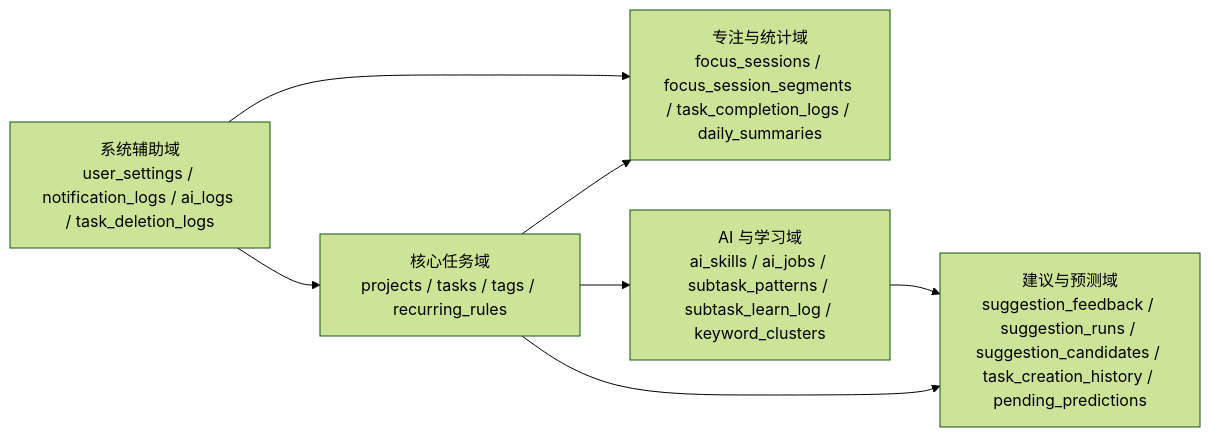
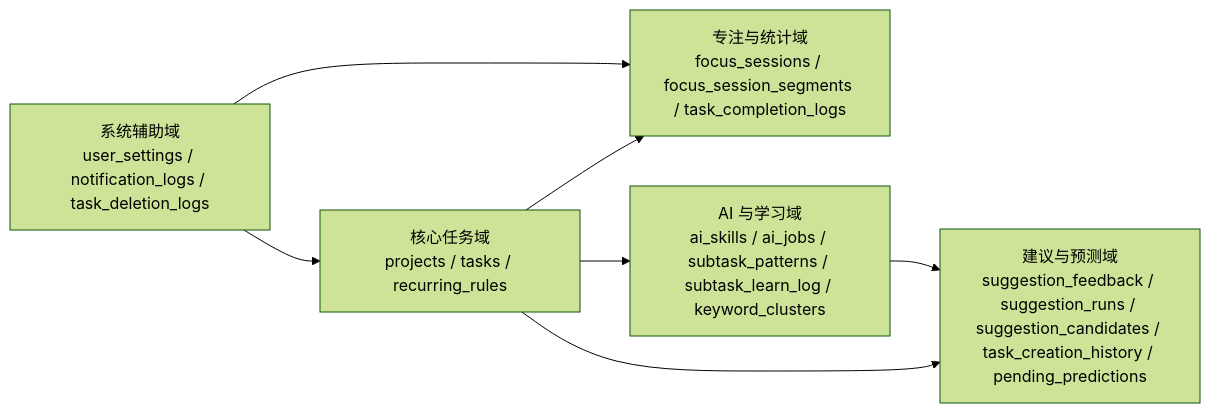
One commit to Jianzhe228/tracker changed the first of 10 diagrams in docs/数据库设计说明.md. Above: the diagram before and after it, drawn with Mermaid (forest theme). The commit also changed other lines of this file and 9 other files, not shown here.

First line of the commit message:
refactor(db)!: treat current schema as v1, drop all pre-release compatibility

````diff
--- a/docs/数据库设计说明.md
+++ b/docs/数据库设计说明.md
@@ -19,15 +20,15 @@
 ```mermaid
 graph LR
-  Core["核心任务域<br/>projects / tasks / tags / recurring_rules"]
-  Time["专注与统计域<br/>focus_sessions / focus_session_segments / task_completion_logs / daily_summaries"]
+  Core["核心任务域<br/>projects / tasks / recurring_rules"]
+  Time["专注与统计域<br/>focus_sessions / focus_session_segments / task_completion_logs"]
   AI["AI 与学习域<br/>ai_skills / ai_jobs / subtask_patterns / subtask_learn_log / keyword_clusters"]
   Suggest["建议与预测域<br/>suggestion_feedback / suggestion_runs / suggestion_candidates / task_creation_history / pending_predictions"]
-  System["系统辅助域<br/>user_settings / notification_logs / ai_logs / task_deletion_logs"]
+  System["系统辅助域<br/>user_settings / notification_logs / task_deletion_logs"]
 
   Core --> Time
   Core --> AI
   Core --> Suggest
   AI --> Suggest
   System --> Core
   System --> Time
 ```
````
